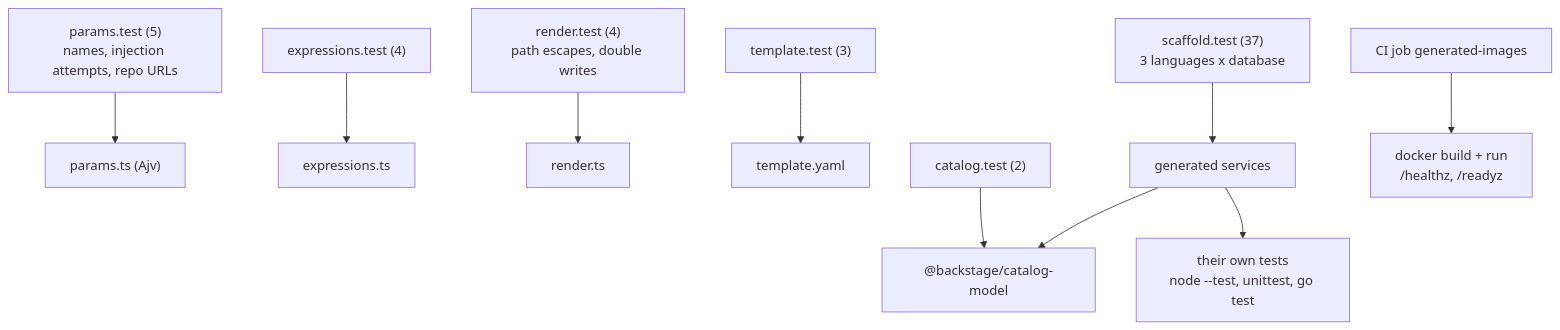
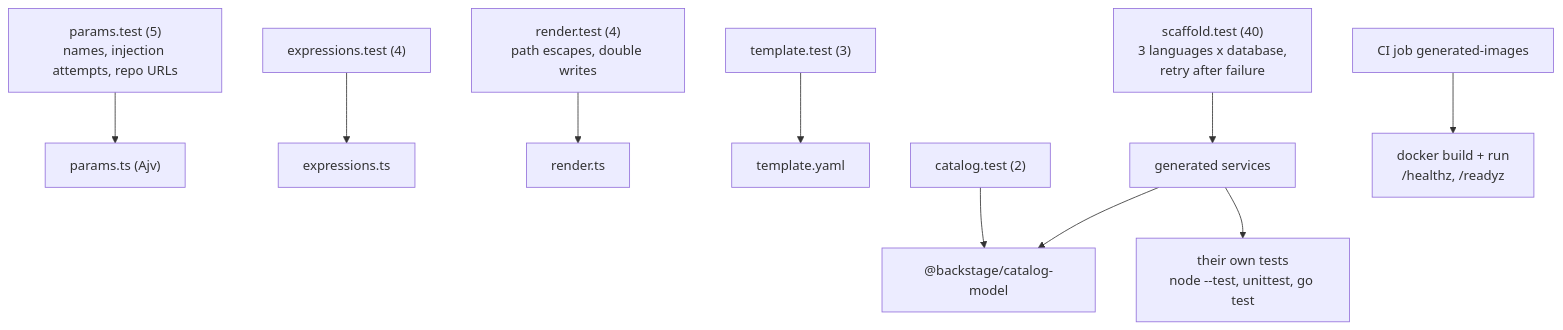
The second of 2 diagrams in README.md (EquinoxWN/internal-developer-platform), drawn with Mermaid before and after one commit. The commit also changed other lines of this file and 3 other files, not shown here.

````diff
--- a/README.md
+++ b/README.md
@@ -118,12 +119,12 @@
 ```mermaid
 flowchart TB
   P["params.test (5)<br/>names, injection attempts, repo URLs"] --> V["params.ts (Ajv)"]
   E["expressions.test (4)"] --> X["expressions.ts"]
   R["render.test (4)<br/>path escapes, double writes"] --> RD["render.ts"]
   T["template.test (3)"] --> TP["template.yaml"]
   C["catalog.test (2)"] --> CM["@backstage/catalog-model"]
-  S["scaffold.test (37)<br/>3 languages x database"] --> G["generated services"]
+  S["scaffold.test (40)<br/>3 languages x database,<br/>retry after failure"] --> G["generated services"]
   G --> CM
   G --> GT["their own tests<br/>node --test, unittest, go test"]
   CI["CI job generated-images"] --> D["docker build + run<br/>/healthz, /readyz"]
 ```
````
